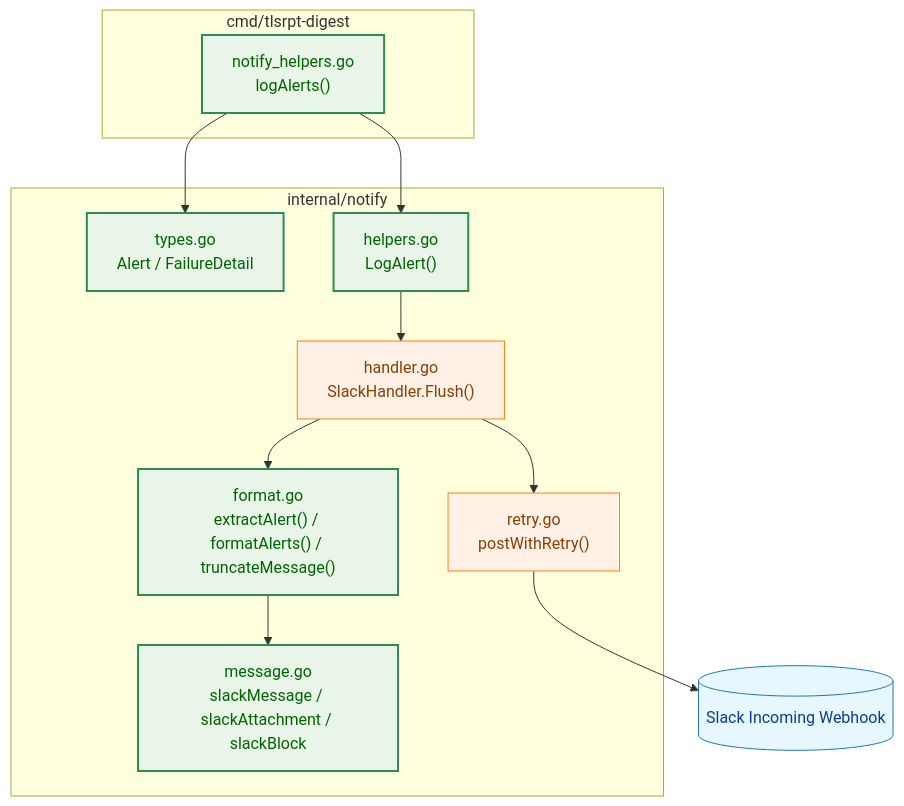
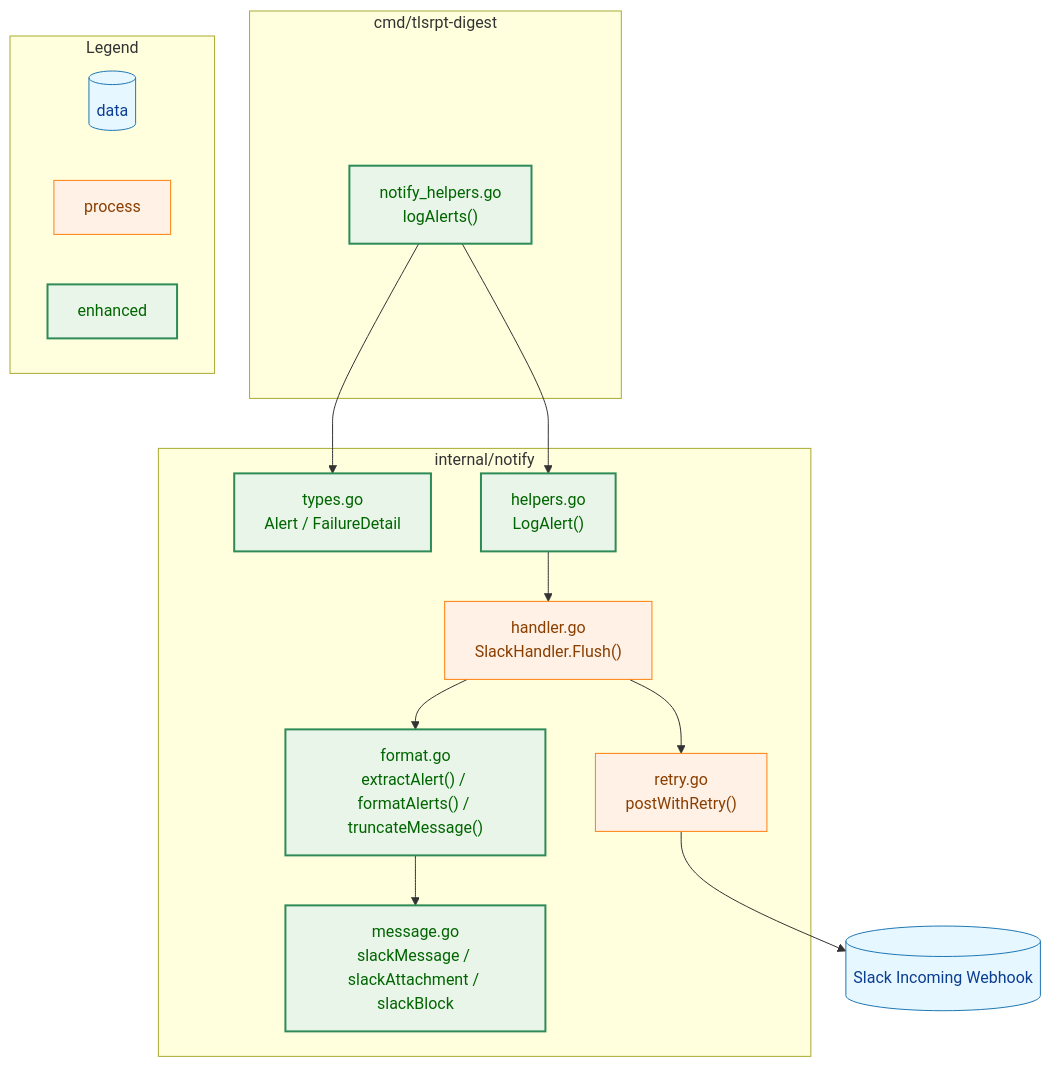
One commit to isseis/tlsrpt-digest changed the second of 5 diagrams in docs/tasks/0101_slack_alert_format/02_architecture.ja.md. Above: the diagram before and after it, drawn with Mermaid. The commit also changed other lines of this file, not shown here.

First line of the commit message:
docs: address Slack alert architecture review findings

````diff
--- a/docs/tasks/0101_slack_alert_format/02_architecture.ja.md
+++ b/docs/tasks/0101_slack_alert_format/02_architecture.ja.md
@@ -65,34 +69,43 @@
 ```mermaid
 flowchart TD
     classDef data fill:#e6f7ff,stroke:#1f77b4,stroke-width:1px,color:#0b3d91;
     classDef process fill:#fff1e6,stroke:#ff7f0e,stroke-width:1px,color:#8a3e00;
     classDef enhanced fill:#e8f5e8,stroke:#2e8b57,stroke-width:2px,color:#006400;
 
     subgraph cmd["cmd/tlsrpt-digest"]
         LA["notify_helpers.go<br>logAlerts()"]
     end
 
     subgraph notify["internal/notify"]
         TYPES["types.go<br>Alert / FailureDetail"]
         HELP["helpers.go<br>LogAlert()"]
         HND["handler.go<br>SlackHandler.Flush()"]
         FMT["format.go<br>extractAlert() / formatAlerts() / truncateMessage()"]
         MSG["message.go<br>slackMessage / slackAttachment / slackBlock"]
         RETRY["retry.go<br>postWithRetry()"]
     end
 
     SLACK[("Slack Incoming Webhook")]
 
     LA --> TYPES
     LA --> HELP
     HELP --> HND
     HND --> FMT
     FMT --> MSG
     HND --> RETRY
     RETRY --> SLACK
 
+    subgraph Legend["Legend"]
+        L_DATA[("data")]
+        L_PROCESS["process"]
+        L_ENH["enhanced"]
+    end
+
     class SLACK data
     class TYPES,HELP,FMT,MSG enhanced
     class LA enhanced
     class HND,RETRY process
+    class L_DATA data
+    class L_PROCESS process
+    class L_ENH enhanced
 ```
````
